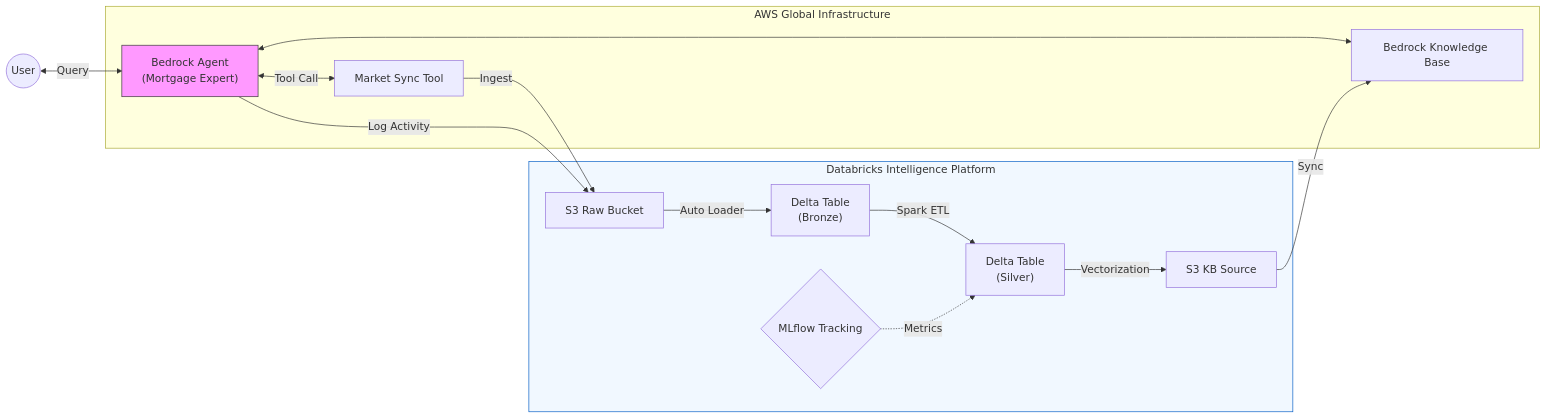
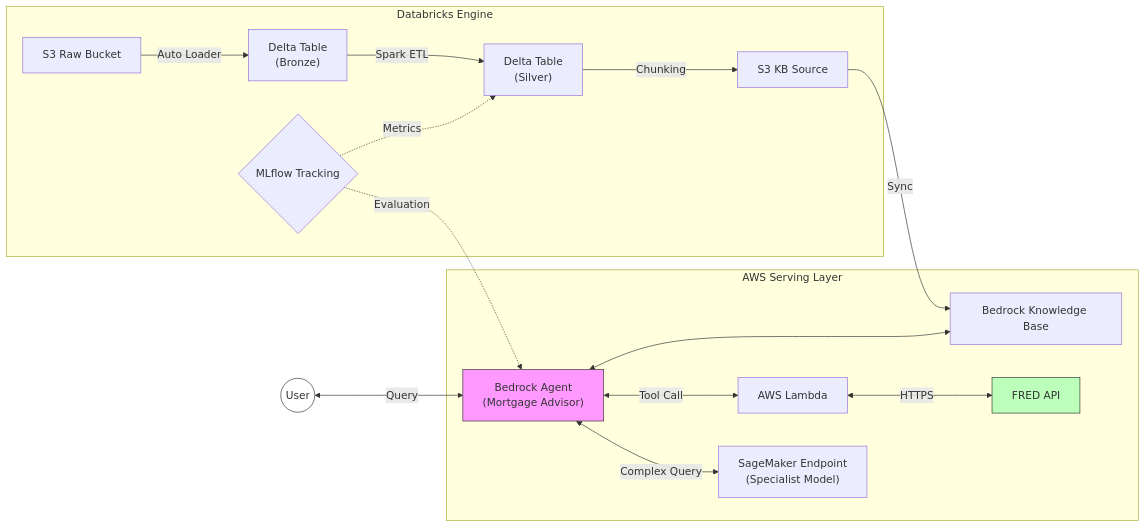
Before and after one commit to corganfuzz/brix-infra-aws: the second of 2 diagrams in README.md, drawn with Mermaid. The commit also changed other lines of this file, not shown here.

````diff
--- a/README.md
+++ b/README.md
@@ -32,23 +111,26 @@
 ```mermaid
 graph LR
-    User((User)) <-->|Query| Agent["Bedrock Agent<br>(Mortgage Expert)"]
+    User((User)) <-->|Query| Agent["Bedrock Agent<br>(Mortgage Advisor)"]
     
-    subgraph Databricks_Intelligence ["Databricks Intelligence Platform"]
+    subgraph AWS_Serving ["AWS Serving Layer"]
+        Agent <--> KB[Bedrock Knowledge Base]
+        Agent <-->|Tool Call| Lambda[AWS Lambda]
+        Lambda <-->|HTTPS| FRED_API[FRED API]
+        Agent <-->|Complex Query| SM["SageMaker Endpoint<br>(Specialist Model)"]
+    end
+    
+    subgraph Databricks_Engine ["Databricks Engine"]
         Raw[S3 Raw Bucket] -->|Auto Loader| Bronze["Delta Table<br>(Bronze)"]
         Bronze -->|Spark ETL| Silver["Delta Table<br>(Silver)"]
-        Silver -->|Vectorization| JSONL[S3 KB Source]
+        Silver -->|Chunking| JSONL[S3 KB Source]
+        
         MLflow{MLflow Tracking} -.->|Metrics| Silver
-    end
-    
-    subgraph AWS_Execution ["AWS Global Infrastructure"]
-        Agent <--> KB[Bedrock Knowledge Base]
-        Agent <-->|Tool Call| Lambda[Market Sync Tool]
-        Lambda -->|Ingest| Raw
-        Agent -->|Log Activity| Raw
+        MLflow -.->|Evaluation| Agent
     end
     
     JSONL -->|Sync| KB
     
-    style Databricks_Intelligence fill:#f1f8ff,stroke:#005cc5
+    style User fill:#fff,stroke:#333
     style Agent fill:#f9f,stroke:#333
+    style FRED_API fill:#bfb,stroke:#333
 ```
````
